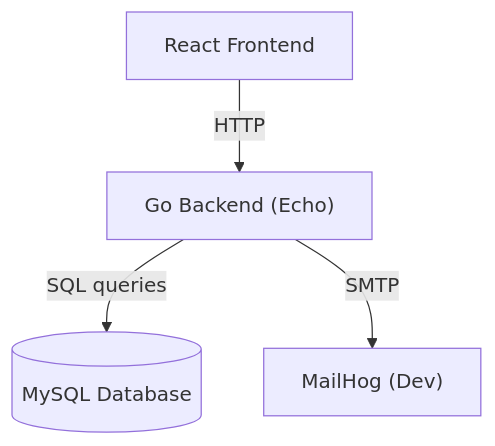
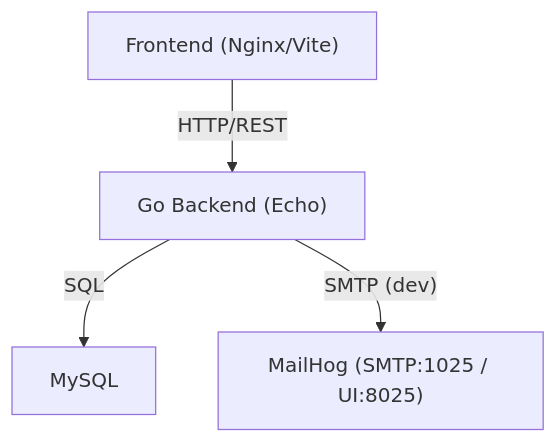
One commit to EliranMalka1/secure-Comunication_LTD changed the diagram in backend/README.md. Above: the diagram before and after it, drawn with Mermaid. The commit also changed other lines of this file, not shown here.

````diff
--- a/backend/README.md
+++ b/backend/README.md
@@ -198,6 +220,6 @@
 ```mermaid
 flowchart TD
-    A[React Frontend] -->|HTTP| B["Go Backend (Echo)"];
-    B -->|SQL queries| C[(MySQL Database)];
-    B -->|SMTP| D["MailHog (Dev)"];
+  A["Frontend (Nginx/Vite)"] -->|"HTTP/REST"| B["Go Backend (Echo)"]
+  B -->|"SQL"| C["MySQL"]
+  B -->|"SMTP (dev)"| D["MailHog (SMTP:1025 / UI:8025)"]
 ```
````
